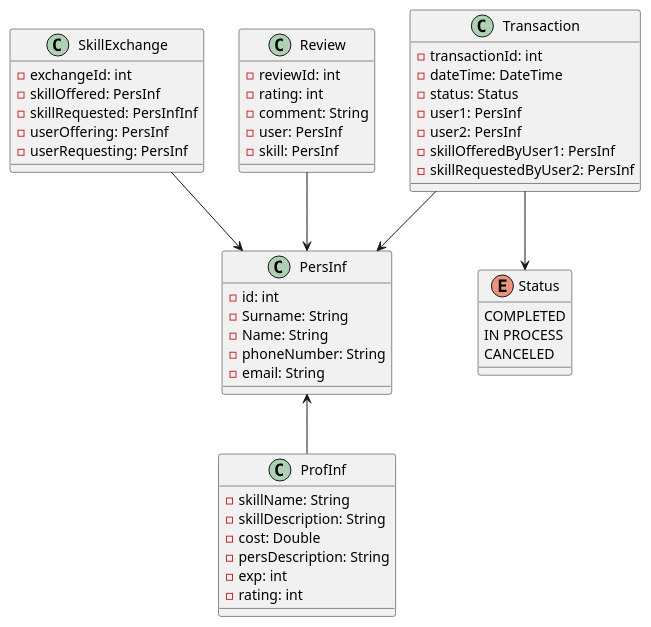
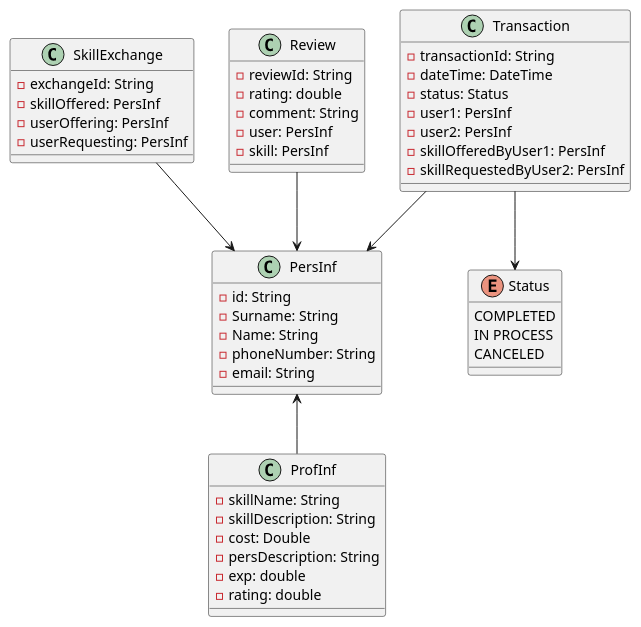
Before and after one commit to Xastt/SkillSwapArchitecture: the diagram in src/main/uml/ClassDiagram.puml, drawn with PlantUML. The commit also changed 3 other files, not shown here.

```diff
--- a/src/main/uml/ClassDiagram.puml
+++ b/src/main/uml/ClassDiagram.puml
@@ -1,61 +1,60 @@
 @startuml
 
 class PersInf {
-    -id: int
+    -id: String
     -Surname: String
     -Name: String
     -phoneNumber: String
     -email: String
 }
 
 class ProfInf {
     -skillName: String
     -skillDescription: String
     -cost: Double
     -persDescription: String
-    -exp: int
-    -rating: int
+    -exp: double
+    -rating: double
 }
 
 class SkillExchange {
-    -exchangeId: int
+    -exchangeId: String
     -skillOffered: PersInf
-    -skillRequested: PersInfInf
     -userOffering: PersInf
     -userRequesting: PersInf
 }
 
 
 
 class Review {
-    -reviewId: int
-    -rating: int
+    -reviewId: String
+    -rating: double
     -comment: String
     -user: PersInf
     -skill: PersInf
 }
 
 class Transaction {
-    -transactionId: int
+    -transactionId: String
     -dateTime: DateTime
     -status: Status
     -user1: PersInf
     -user2: PersInf
     -skillOfferedByUser1: PersInf
     -skillRequestedByUser2: PersInf
 }
 
 enum Status {
     COMPLETED
     IN PROCESS
     CANCELED
 }
 
 PersInf <-- ProfInf
 SkillExchange --> PersInf
 Review --> PersInf
 Transaction --> PersInf
 Transaction --> Status
 
 
 @enduml
```
